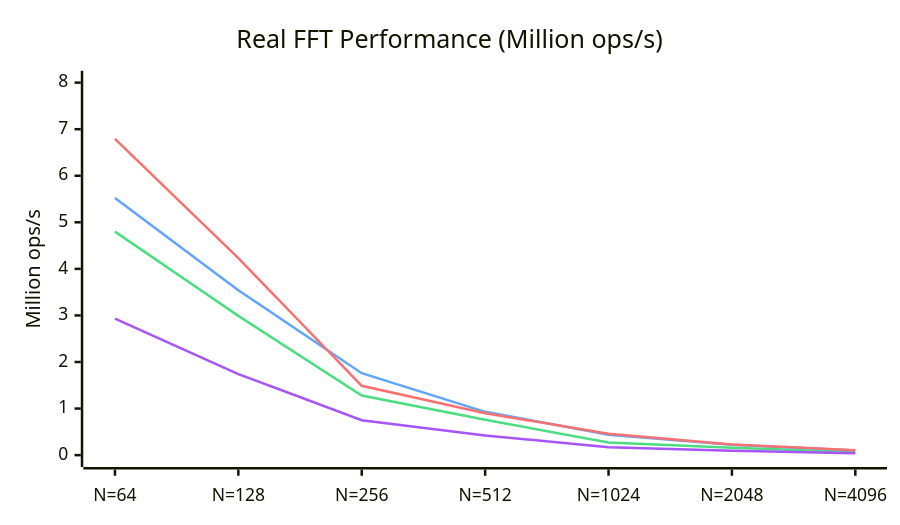
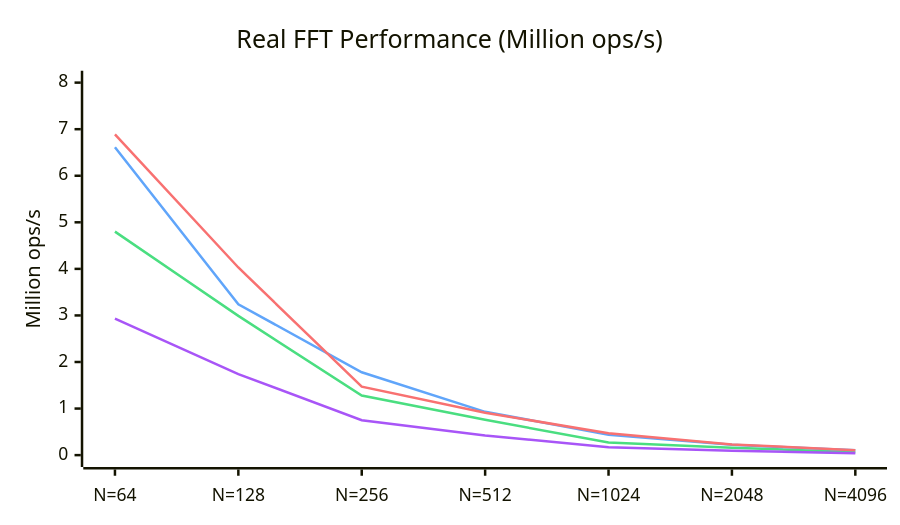
The second of 2 diagrams in README.md (EmNudge/wat-fft), drawn with Mermaid before and after one commit. The commit also changed other lines of this file and 3 other files, not shown here.

````diff
--- a/README.md
+++ b/README.md
@@ -59,19 +59,19 @@
 ```mermaid
 ---
 config:
     xyChart:
         width: 700
         height: 400
     themeVariables:
         xyChart:
             plotColorPalette: "#4ade80, #60a5fa, #f87171, #a855f7"
 ---
 xychart-beta
     title "Real FFT Performance (Million ops/s)"
     x-axis [N=64, N=128, N=256, N=512, N=1024, N=2048, N=4096]
     y-axis "Million ops/s" 0 --> 8
     line [4.80, 2.99, 1.28, 0.76, 0.27, 0.16, 0.062]
-    line [5.52, 3.54, 1.76, 0.93, 0.44, 0.221, 0.102]
-    line [6.79, 4.23, 1.49, 0.90, 0.46, 0.226, 0.106]
+    line [6.61, 3.24, 1.78, 0.93, 0.44, 0.222, 0.103]
+    line [6.89, 4.03, 1.47, 0.91, 0.47, 0.230, 0.106]
     line [2.93, 1.74, 0.75, 0.42, 0.17, 0.094, 0.039]
 ```
````
